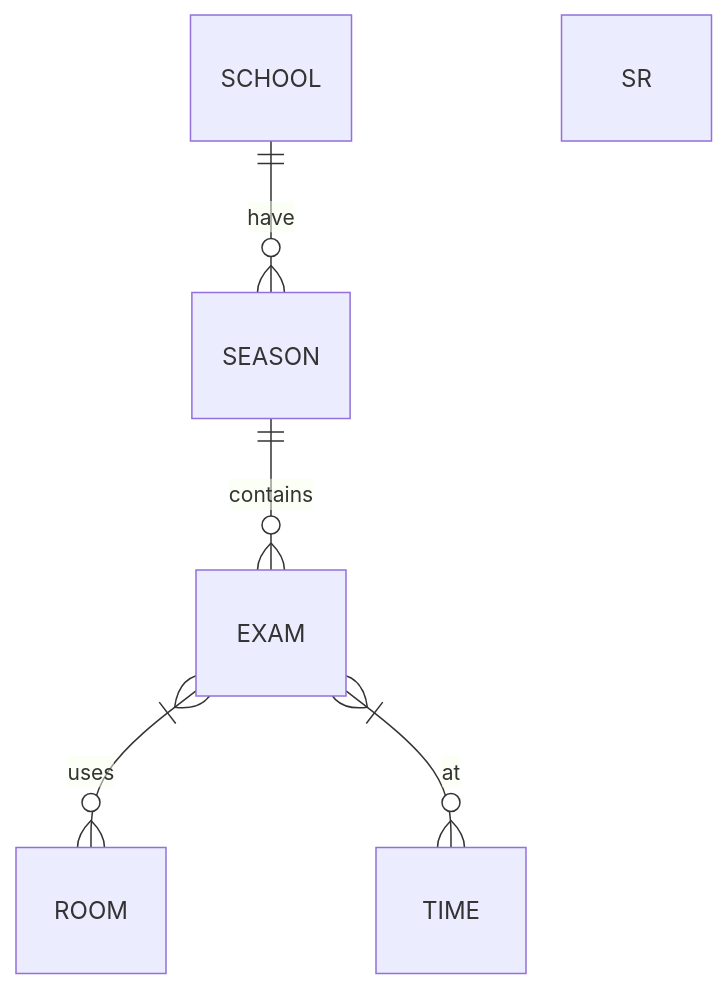
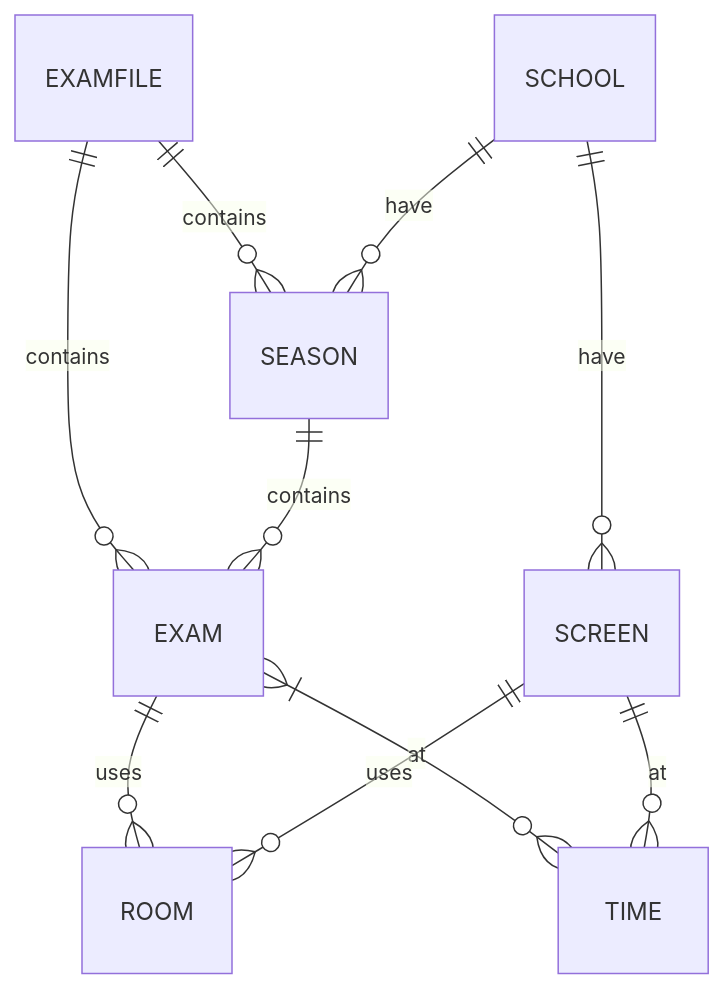
The second of 2 diagrams in Untitled.md (mr-eggleton/obsidian-notes), drawn with Mermaid before and after one commit. The commit also changed other lines of this file, not shown here.

Commit message:
vault backup: 2025-05-28 12:56:23

````diff
--- a/Untitled.md
+++ b/Untitled.md
@@ -66,8 +72,12 @@
 ```mermaid
 erDiagram
+		EXAMFILE ||--o{ EXAM : contains
+        EXAMFILE ||--o{ SEASON : contains
         SCHOOL ||--o{ SEASON : have
         SEASON ||--o{ EXAM : contains
-        EXAM }|--o{ ROOM : uses
+        EXAM ||--o{ ROOM : uses
         EXAM }|--o{ TIME : at
-		SR
+        SCHOOL ||--o{ SCREEN : have
+		SCREEN ||--o{ ROOM : uses
+        SCREEN ||--o{ TIME : at
 ```
````
